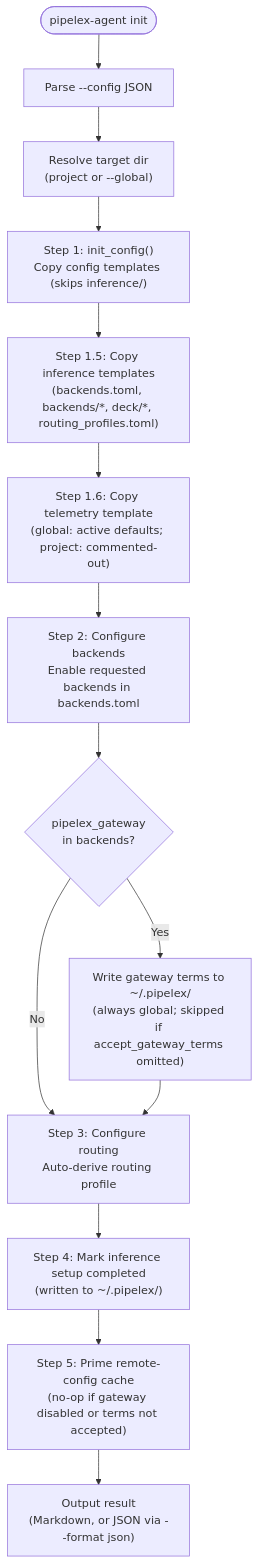
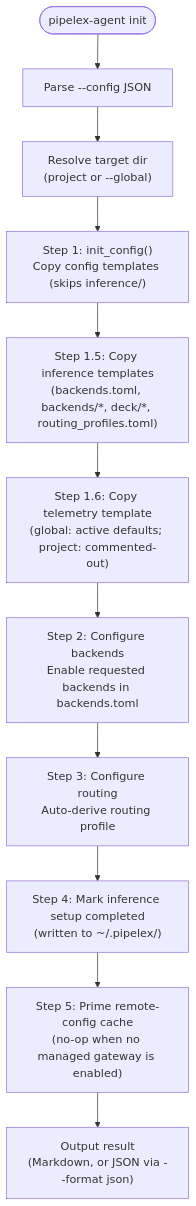
The third of 3 diagrams in docs/under-the-hood/init-cli-flows.md (Pipelex/pipelex), drawn with Mermaid before and after one commit. The commit also changed other lines of this file and 203 other files, not shown here.

First line of the commit message:
Delete the Pipelex Gateway from the runtime

````diff
--- a/docs/under-the-hood/init-cli-flows.md
+++ b/docs/under-the-hood/init-cli-flows.md
@@ -409,16 +365,13 @@
 ```mermaid
 flowchart TD
     START([pipelex-agent init]) --> PARSE["Parse --config JSON"]
     PARSE --> RESOLVE["Resolve target dir<br/>(project or --global)"]
     RESOLVE --> STEP1["Step 1: init_config()<br/>Copy config templates (skips inference/)"]
     STEP1 --> STEP15["Step 1.5: Copy inference templates<br/>(backends.toml, backends/*, deck/*, routing_profiles.toml)"]
     STEP15 --> STEP16["Step 1.6: Copy telemetry template<br/>(global: active defaults; project: commented-out)"]
     STEP16 --> STEP2["Step 2: Configure backends<br/>Enable requested backends in backends.toml"]
-    STEP2 --> GW{pipelex_gateway<br/>in backends?}
-    GW -- Yes --> TERMS["Write gateway terms to ~/.pipelex/<br/>(always global; skipped if accept_gateway_terms omitted)"]
-    GW -- No --> STEP3
-    TERMS --> STEP3["Step 3: Configure routing<br/>Auto-derive routing profile"]
+    STEP2 --> STEP3["Step 3: Configure routing<br/>Auto-derive routing profile"]
     STEP3 --> STEP4["Step 4: Mark inference setup completed<br/>(written to ~/.pipelex/)"]
-    STEP4 --> STEP5["Step 5: Prime remote-config cache<br/>(no-op if gateway disabled or terms not accepted)"]
+    STEP4 --> STEP5["Step 5: Prime remote-config cache<br/>(no-op when no managed gateway is enabled)"]
     STEP5 --> OUTPUT["Output result<br/>(Markdown, or JSON via --format json)"]
 ```
````
